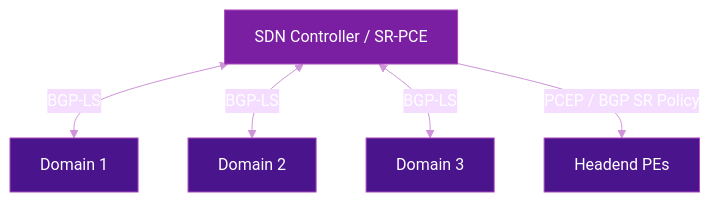
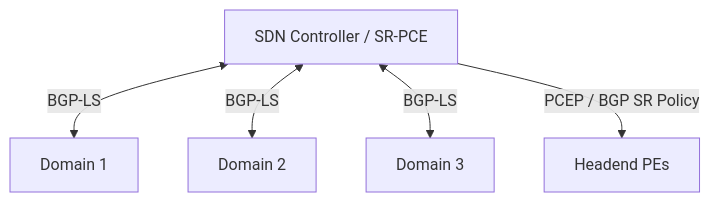
The second of 2 diagrams in docs/topics/inter-domain.md (eldaninavas/srv6.md), drawn with Mermaid before and after one commit. The commit also changed other lines of this file and 29 other files, not shown here.

First line of the commit message:
fix(mermaid): apply theme-aware colors site-wide

````diff
--- a/docs/topics/inter-domain.md
+++ b/docs/topics/inter-domain.md
@@ -87,15 +81,8 @@
 ```mermaid
-%%{init: {"theme": "base", "themeVariables": {"primaryTextColor": "#fff", "lineColor": "#ce93d8", "textColor": "#fff"}}}%%
 graph TB
     CTRL[SDN Controller / SR-PCE]
     CTRL <-->|BGP-LS| D1[Domain 1]
     CTRL <-->|BGP-LS| D2[Domain 2]
     CTRL <-->|BGP-LS| D3[Domain 3]
     CTRL -->|PCEP / BGP SR Policy| PE1[Headend PEs]
-
-    style CTRL fill:#7b1fa2,color:#fff,stroke:#ab47bc
-    style D1 fill:#4a148c,color:#fff,stroke:#ab47bc
-    style D2 fill:#4a148c,color:#fff,stroke:#ab47bc
-    style D3 fill:#4a148c,color:#fff,stroke:#ab47bc
-    style PE1 fill:#4a148c,color:#fff,stroke:#ab47bc
 ```
````
